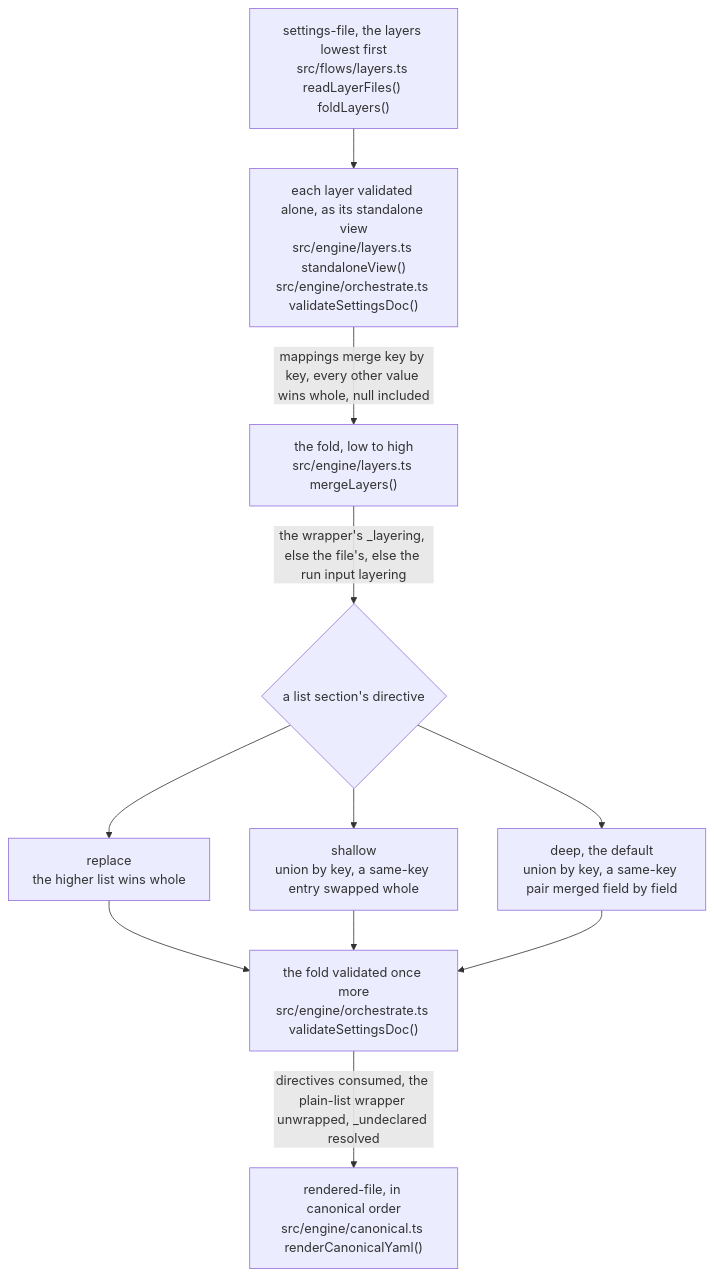
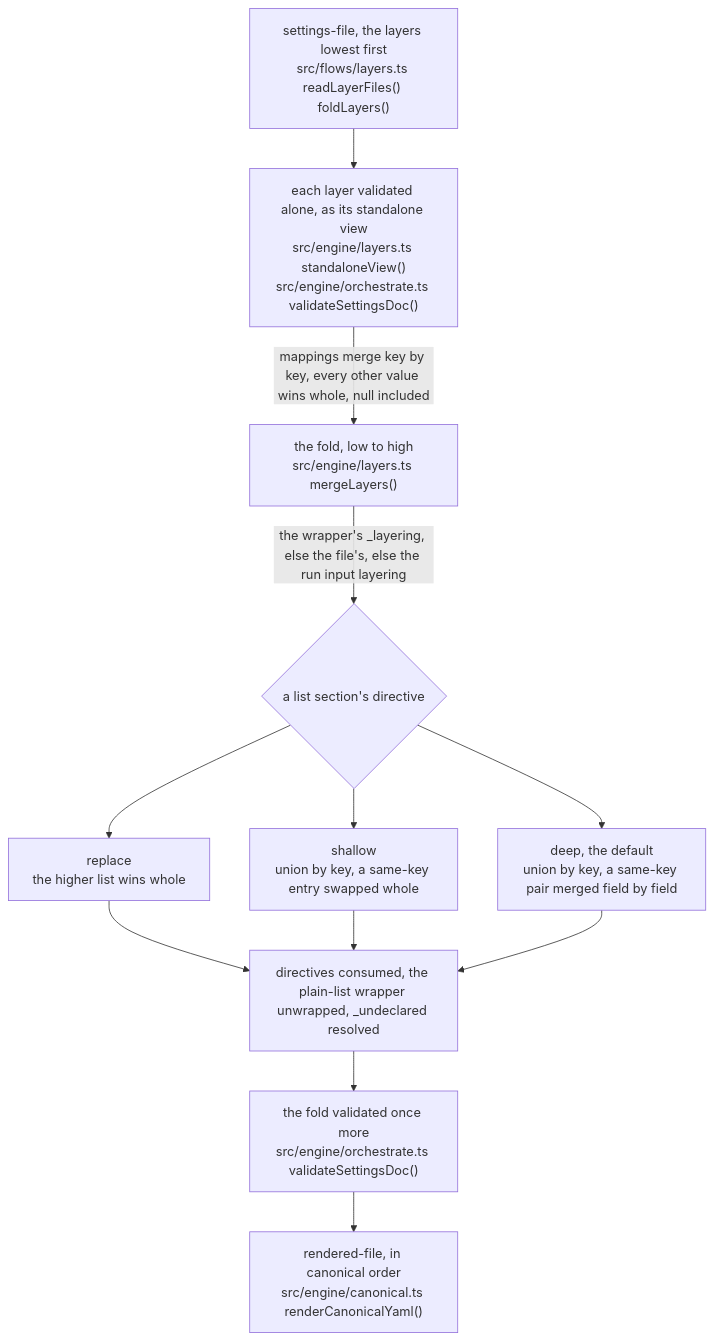
The fifth of 9 diagrams in docs/reference/architecture.md (Vivswan/github-settings-as-code), drawn with Mermaid before and after one commit. The commit also changed other lines of this file, not shown here.

Commit message:
docs(architecture): state the ratchet count rule and the defaults-file validation order

````diff
--- a/docs/reference/architecture.md
+++ b/docs/reference/architecture.md
@@ -143,22 +145,24 @@
 ```mermaid
 flowchart TD
   layers["settings-file, the layers lowest first<br>src/flows/layers.ts readLayerFiles() foldLayers()"]
   each["each layer validated alone, as its standalone view<br>src/engine/layers.ts standaloneView()<br>src/engine/orchestrate.ts validateSettingsDoc()"]
   fold["the fold, low to high<br>src/engine/layers.ts mergeLayers()"]
   directive{"a list section's directive"}
   replace["replace<br>the higher list wins whole"]
   shallow["shallow<br>union by key, a same-key entry swapped whole"]
   deep["deep, the default<br>union by key, a same-key pair merged field by field"]
+  consumed["directives consumed, the plain-list wrapper unwrapped, _undeclared resolved"]
   whole["the fold validated once more<br>src/engine/orchestrate.ts validateSettingsDoc()"]
   out["rendered-file, in canonical order<br>src/engine/canonical.ts renderCanonicalYaml()"]
   layers --> each
   each -->|mappings merge key by key, every other value wins whole, null included| fold
   fold -->|the wrapper's _layering, else the file's, else the run input layering| directive
   directive --> replace
   directive --> shallow
   directive --> deep
-  replace --> whole
-  shallow --> whole
-  deep --> whole
-  whole -->|directives consumed, the plain-list wrapper unwrapped, _undeclared resolved| out
+  replace --> consumed
+  shallow --> consumed
+  deep --> consumed
+  consumed --> whole
+  whole --> out
 ```
````
